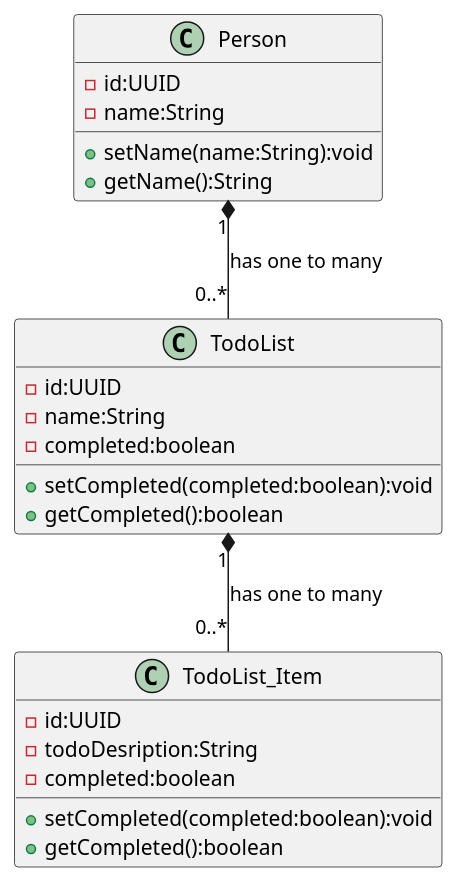
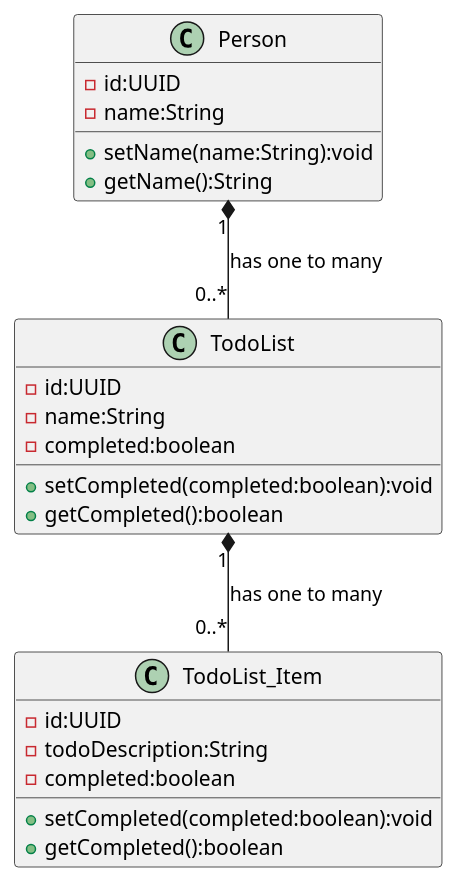
Before and after one commit to SethOberg/todolist-backend: the diagram in diagrams/todolist.puml, drawn with PlantUML.

Commit message:
Chore: updated class diagram

```diff
--- a/diagrams/todolist.puml
+++ b/diagrams/todolist.puml
@@ -1,30 +1,30 @@
 @startuml
 
 class TodoList {
 - id:UUID
 - name:String
 - completed:boolean
 + setCompleted(completed:boolean):void
 + getCompleted():boolean
 }
 
 
 class TodoList_Item {
 - id:UUID
-- todoDesription:String
+- todoDescription:String
 - completed:boolean
 + setCompleted(completed:boolean):void
 + getCompleted():boolean
 }
 
 class Person {
 - id:UUID
 - name:String
 + setName(name:String):void
 + getName():String
 }
 
 Person "1" *-- "0..*" TodoList : has one to many
 TodoList "1" *-- "0..*" TodoList_Item : has one to many
 
 @enduml
```
